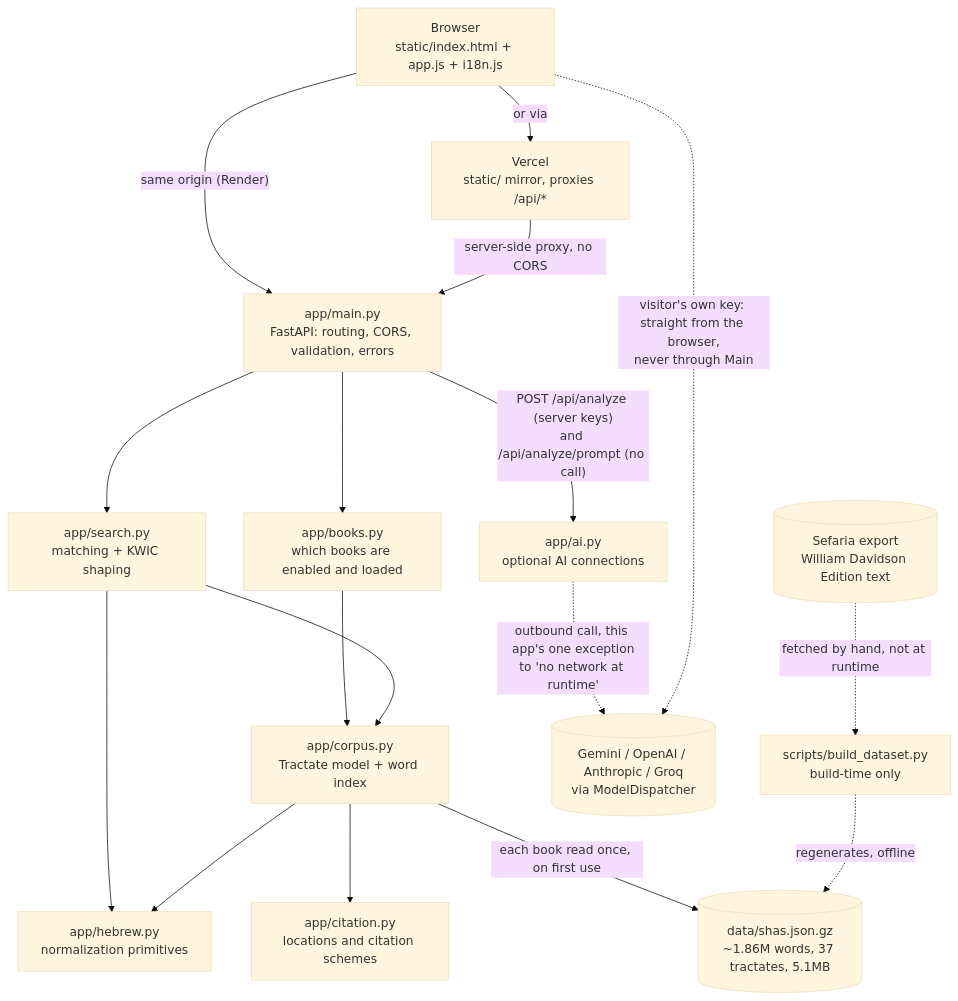
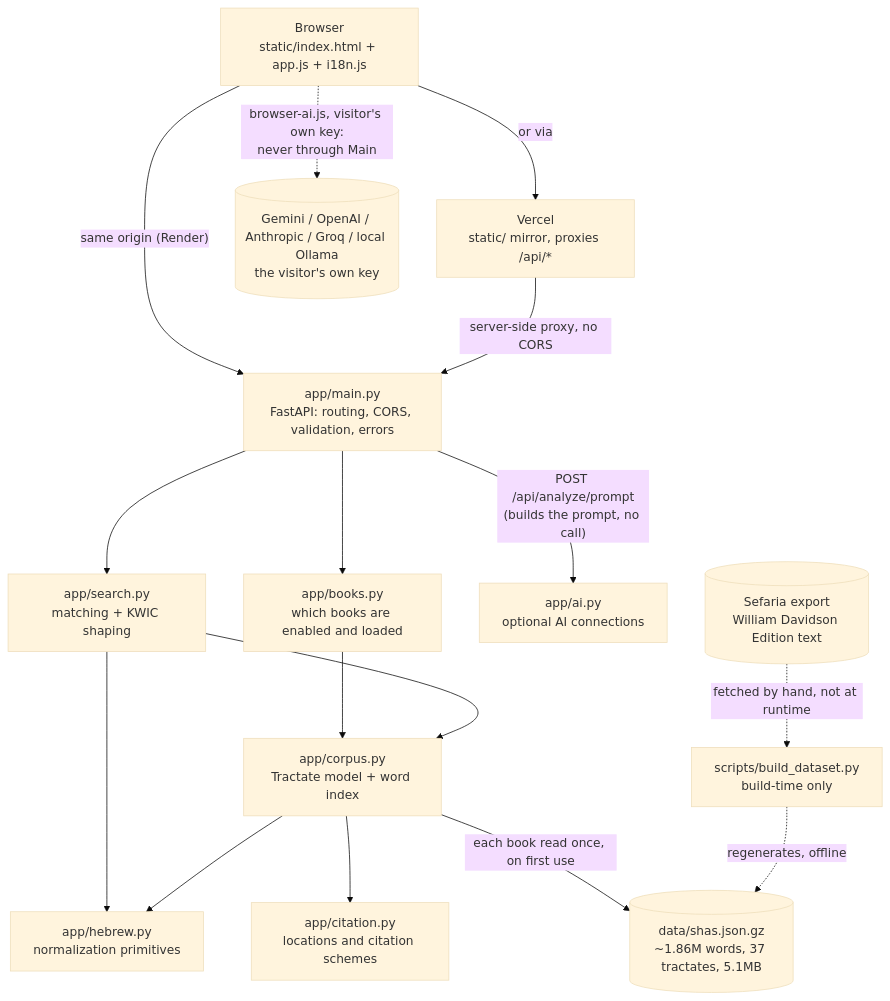
The first of 2 diagrams in docs/HLD.md (joka-7/shas-radar), drawn with Mermaid (base theme) before and after one commit. The commit also changed other lines of this file and 14 other files, not shown here.

First line of the commit message:
feat(ai)!: drop the server's own AI keys; answer only on the visitor's

````diff
--- a/docs/HLD.md
+++ b/docs/HLD.md
@@ -48,33 +48,32 @@
 ```mermaid
 flowchart TD
     Browser["Browser<br/>static/index.html + app.js + i18n.js"]
     Vercel["Vercel<br/>static/ mirror, proxies /api/*"]
     Main["app/main.py<br/>FastAPI: routing, CORS, validation, errors"]
     Search["app/search.py<br/>matching + KWIC shaping"]
     Books["app/books.py<br/>which books are enabled and loaded"]
     Citation["app/citation.py<br/>locations and citation schemes"]
     Corpus["app/corpus.py<br/>Tractate model + word index"]
     Hebrew["app/hebrew.py<br/>normalization primitives"]
     AI["app/ai.py<br/>optional AI connections"]
     Data[("data/shas.json.gz<br/>~1.86M words, 37 tractates, 5.1MB")]
     Build["scripts/build_dataset.py<br/>build-time only"]
     Sefaria[("Sefaria export<br/>William Davidson Edition text")]
-    Vendor[("Gemini / OpenAI / Anthropic / Groq<br/>via ModelDispatcher")]
+    Vendor[("Gemini / OpenAI / Anthropic / Groq / local Ollama<br/>the visitor's own key")]
 
     Browser -->|"same origin (Render)"| Main
     Browser -->|"or via"| Vercel
     Vercel -->|"server-side proxy, no CORS"| Main
     Main --> Search
     Main --> Books
     Books --> Corpus
-    Main -->|"POST /api/analyze (server keys)<br/>and /api/analyze/prompt (no call)"| AI
+    Main -->|"POST /api/analyze/prompt<br/>(builds the prompt, no call)"| AI
     Search --> Corpus
     Search --> Hebrew
     Corpus --> Hebrew
     Corpus --> Citation
     Corpus -->|"each book read once, on first use"| Data
-    AI -.->|"outbound call, this app's one exception<br/>to 'no network at runtime'"| Vendor
-    Browser -.->|"visitor's own key: straight from the browser,<br/>never through Main"| Vendor
+    Browser -.->|"browser-ai.js, visitor's own key:<br/>never through Main"| Vendor
     Build -.->|"regenerates, offline"| Data
     Sefaria -.->|"fetched by hand, not at runtime"| Build
 ```
````
